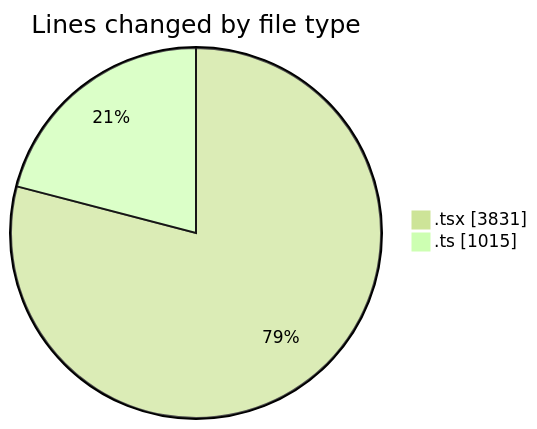
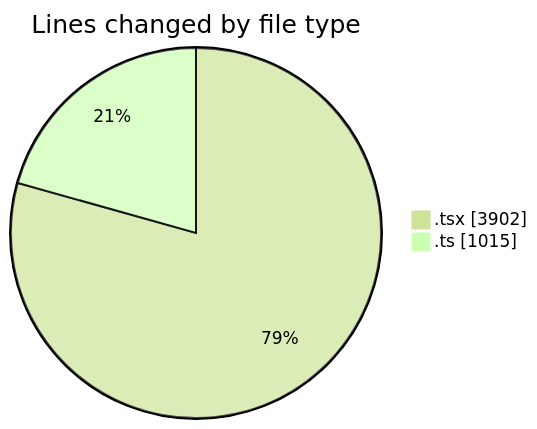
Before and after one commit to momahboobian/code-tracking: the first of 2 diagrams in 2025-07-02/cda/README.md, drawn with Mermaid (forest theme). The commit also changed other lines of this file and 1 other file, not shown here.

````diff
--- a/2025-07-02/cda/README.md
+++ b/2025-07-02/cda/README.md
@@ -32,6 +32,6 @@
 ```mermaid
 pie showData
 title Lines changed by file type
-".tsx" : 3831
+".tsx" : 3902
 ".ts" : 1015
 ```
````
